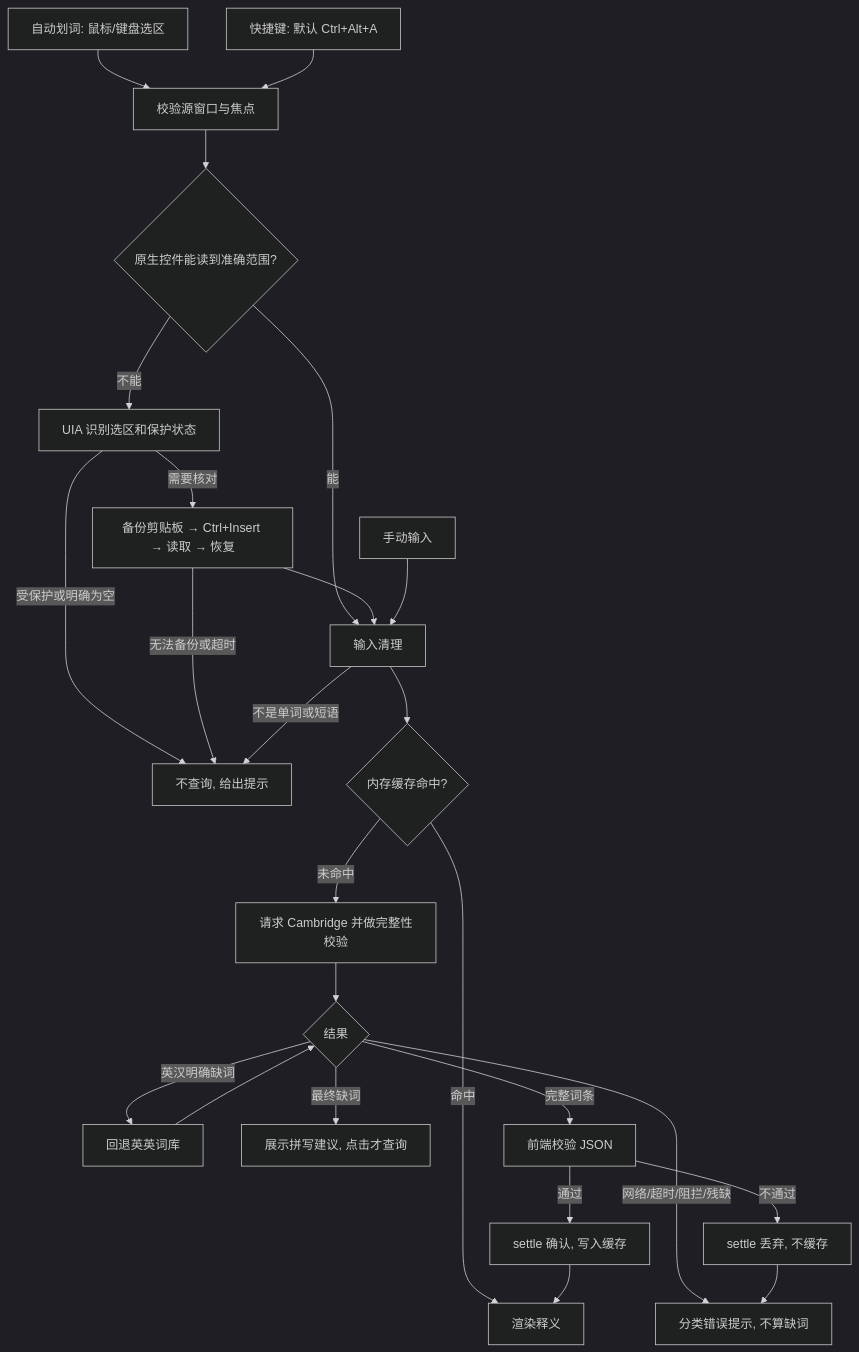
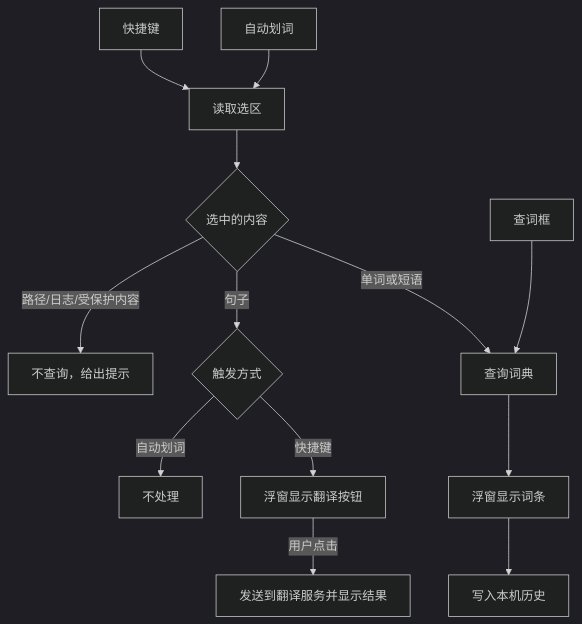
One commit to caoshuo2003/wordside changed the diagram in docs/PRODUCT-DEVELOPMENT.md. Above: the diagram before and after it, drawn with Mermaid (dark theme). The commit also changed other lines of this file and 1 other file, not shown here.

````diff
--- a/docs/PRODUCT-DEVELOPMENT.md
+++ b/docs/PRODUCT-DEVELOPMENT.md
@@ -31,25 +31,15 @@
 ```mermaid
 flowchart TD
-    A[自动划词: 鼠标/键盘选区] --> C[校验源窗口与焦点]
-    B[快捷键: 默认 Ctrl+Alt+A] --> C
-    C --> D{原生控件能读到准确范围?}
-    D -- 能 --> G[输入清理]
-    D -- 不能 --> E[UIA 识别选区和保护状态]
-    E -- 受保护或明确为空 --> X[不查询, 给出提示]
-    E -- 需要核对 --> F[备份剪贴板 → Ctrl+Insert → 读取 → 恢复]
-    F -- 无法备份或超时 --> X
-    F --> G
-    M[手动输入] --> G
-    G -- 不是单词或短语 --> X
-    G --> H{内存缓存命中?}
-    H -- 命中 --> K[渲染释义]
-    H -- 未命中 --> I[请求 Cambridge 并做完整性校验]
-    I --> J{结果}
-    J -- 英汉明确缺词 --> I2[回退英英词库]
-    I2 --> J
-    J -- 最终缺词 --> S[展示拼写建议, 点击才查询]
-    J -- 网络/超时/阻拦/残缺 --> Y[分类错误提示, 不算缺词]
-    J -- 完整词条 --> V[前端校验 JSON]
-    V -- 通过 --> W[settle 确认, 写入缓存] --> K
-    V -- 不通过 --> Z[settle 丢弃, 不缓存] --> Y
+    A[自动划词] --> C[读取选区]
+    B[快捷键] --> C
+    C --> D{选中的内容}
+    D -- 单词或短语 --> E[查询词典]
+    M[查词框] --> E
+    E --> F[浮窗显示词条]
+    F --> H[写入本机历史]
+    D -- 句子 --> G{触发方式}
+    G -- 快捷键 --> T[浮窗显示翻译按钮]
+    G -- 自动划词 --> N[不处理]
+    T -- 用户点击 --> U[发送到翻译服务并显示结果]
+    D -- 路径/日志/受保护内容 --> X[不查询，给出提示]
 ```
````
